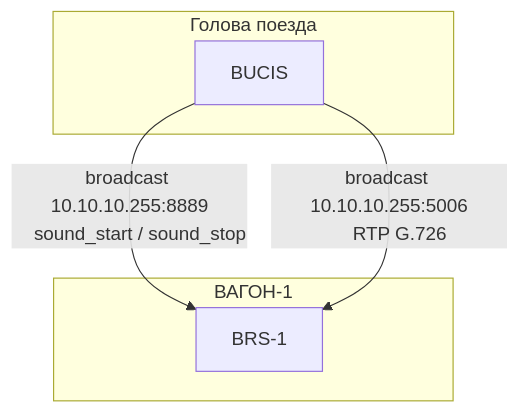
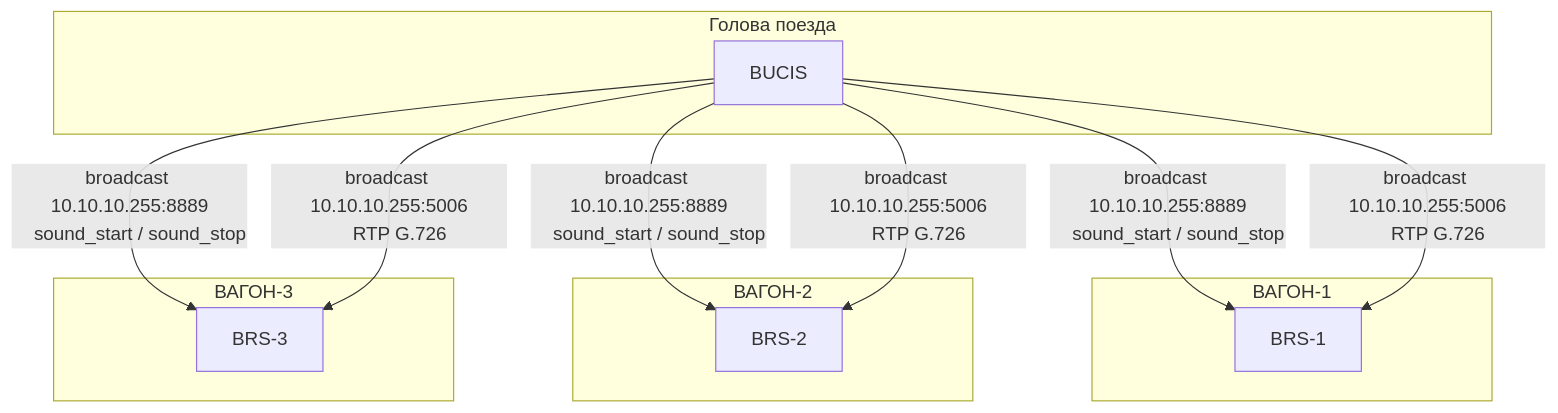
One commit to n-korel/bucis_audio changed the first of 2 diagrams in README.md. Above: the diagram before and after it, drawn with Mermaid. The commit also changed other lines of this file, not shown here.

````diff
--- a/README.md
+++ b/README.md
@@ -30,20 +30,37 @@
 ```mermaid
 graph TB
     subgraph Central["Голова поезда"]
         BUCIS[BUCIS]
     end
 
     subgraph Receivers1["ВАГОН-1"]
         BRS1[BRS-1]
     end
 
+    subgraph Receivers2["ВАГОН-2"]
+        BRS2[BRS-2]
+    end
 
+    subgraph Receivers3["ВАГОН-3"]
+        BRS3[BRS-3]
+    end
 
     BUCIS -->|"broadcast 10.10.10.255:8889
     sound_start / sound_stop"| BRS1
 
-
     BUCIS -->|"broadcast 10.10.10.255:5006
     RTP G.726"| BRS1
 
+    BUCIS -->|"broadcast 10.10.10.255:8889
+    sound_start / sound_stop"| BRS2
+
+    BUCIS -->|"broadcast 10.10.10.255:5006
+    RTP G.726"| BRS2
+
+    BUCIS -->|"broadcast 10.10.10.255:8889
+    sound_start / sound_stop"| BRS3
+
+    BUCIS -->|"broadcast 10.10.10.255:5006
+    RTP G.726"| BRS3
+
 ```
````
